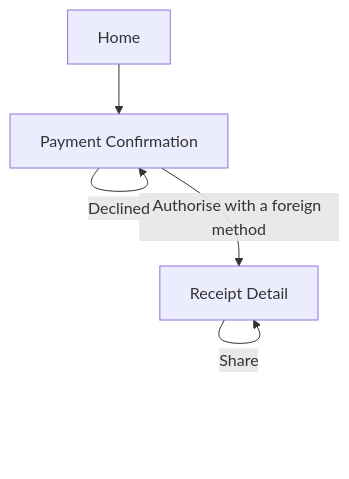
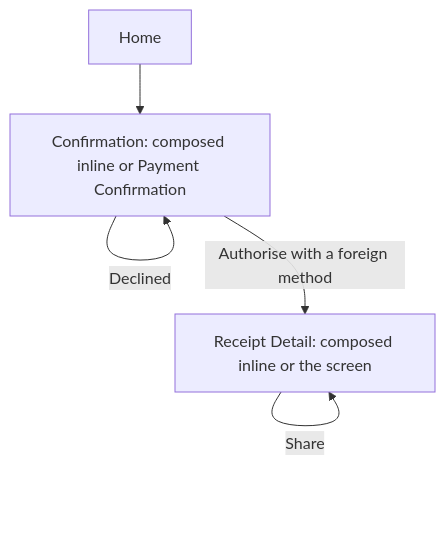
Before and after one commit to vanguard-op/sabi-docs: the seventh of 9 diagrams in Sabi/user-flow.md, drawn with Mermaid. The commit also changed other lines of this file and 10 other files, not shown here.

````diff
--- a/Sabi/user-flow.md
+++ b/Sabi/user-flow.md
@@ -374,7 +375,7 @@
 ```mermaid
 graph TD
-    Home[Home] --> PC[Payment Confirmation]
-    PC -->|Authorise with a foreign method| G[Receipt Detail]
+    Home[Home] --> PC[Confirmation: composed inline or Payment Confirmation]
+    PC -->|Authorise with a foreign method| G[Receipt Detail: composed inline or the screen]
     PC -->|Declined| PC
     G -->|Share| G
 ```
````
